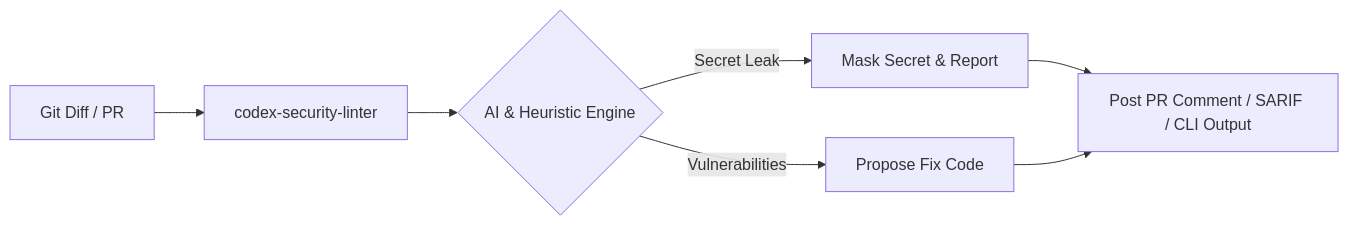
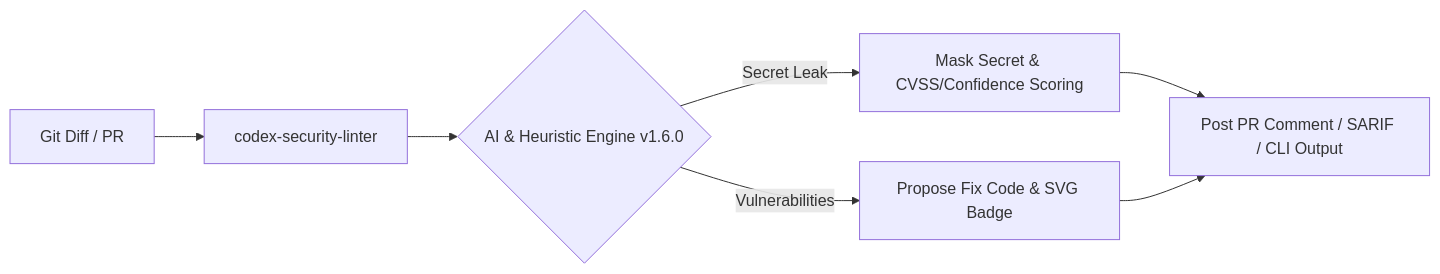
One commit to knmt1219/codex-security-linter changed the diagram in README.md. Above: the diagram before and after it, drawn with Mermaid. The commit also changed other lines of this file and 3 other files, not shown here.

Commit message:
feat(v1.6.0): add SVG badge generator, CVSS impact scoring, and confidence matrix

````diff
--- a/README.md
+++ b/README.md
@@ -14,8 +14,8 @@
 ```mermaid
 graph LR
     A[Git Diff / PR] --> B[codex-security-linter]
-    B --> C{AI & Heuristic Engine}
-    C -->|Secret Leak| D[Mask Secret & Report]
-    C -->|Vulnerabilities| E[Propose Fix Code]
+    B --> C{AI & Heuristic Engine v1.6.0}
+    C -->|Secret Leak| D[Mask Secret & CVSS/Confidence Scoring]
+    C -->|Vulnerabilities| E[Propose Fix Code & SVG Badge]
     D & E --> F[Post PR Comment / SARIF / CLI Output]
 ```
````
